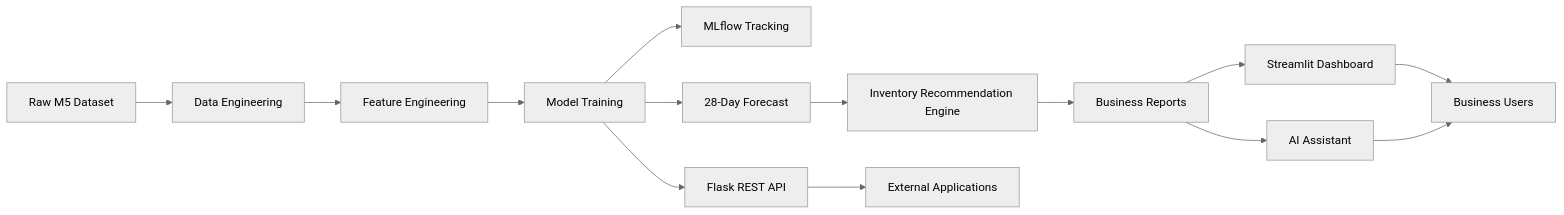
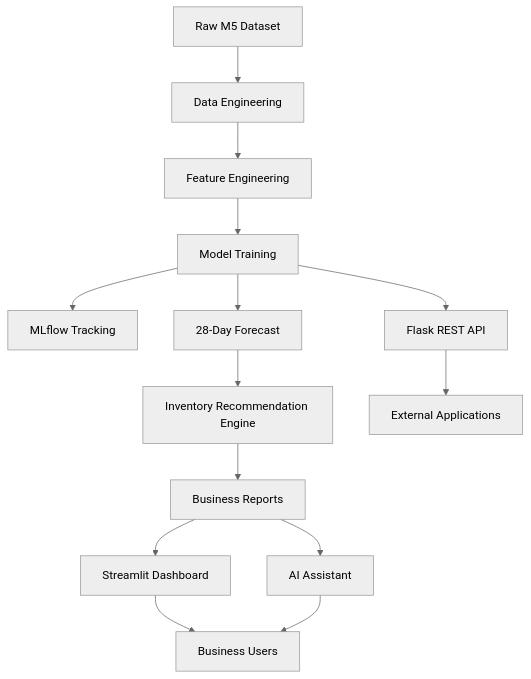
The first of 4 diagrams in README.md (hanannazri/Intelligent-Forecasting-MLOps-Platform), drawn with Mermaid (neutral theme) before and after one commit.

Commit message:
Change flowchart direction in README
Updated flowchart direction from LR to TD in README.

````diff
--- a/README.md
+++ b/README.md
@@ -96,29 +96,29 @@
 ```mermaid
-flowchart LR
+flowchart TD
 
 A[Raw M5 Dataset] --> B[Data Engineering]
 
 B --> C[Feature Engineering]
 
 C --> D[Model Training]
 
 D --> E[MLflow Tracking]
 
 D --> F[28-Day Forecast]
 
 F --> G[Inventory Recommendation Engine]
 
 G --> H[Business Reports]
 
 H --> I[Streamlit Dashboard]
 
 H --> J[AI Assistant]
 
 D --> K[Flask REST API]
 
 K --> L[External Applications]
 
 I --> M[Business Users]
 
 J --> M
 ```
````
